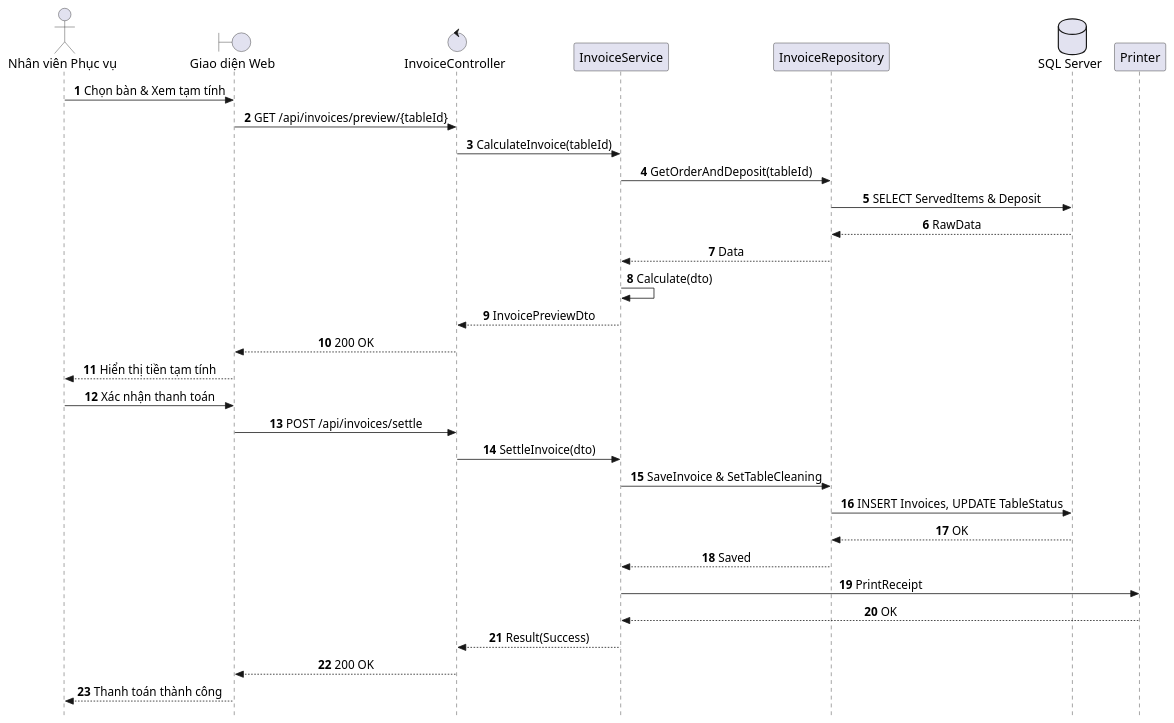
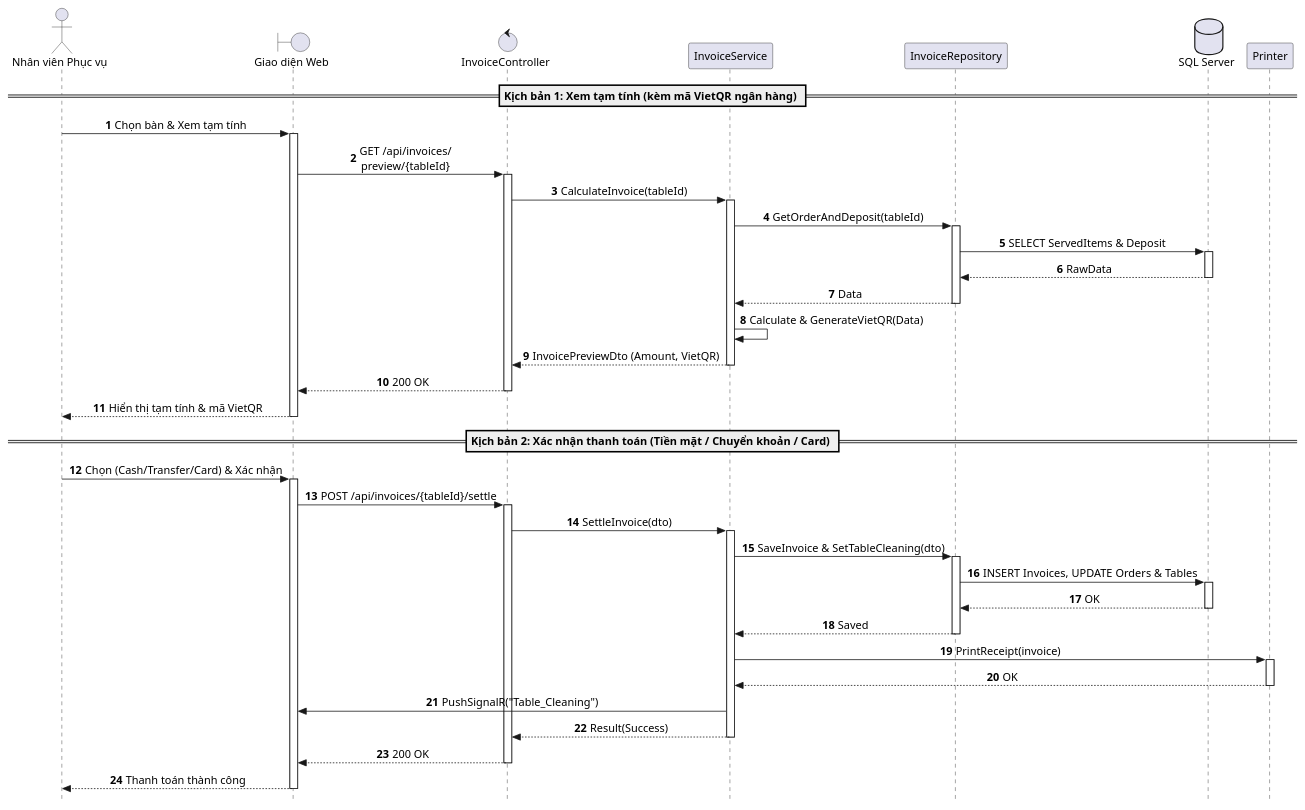
One commit to AndrewQng/VinDining changed the diagram in docs/puml/sequences/SD_UC_E3_Settle_Invoice.puml. Above: the diagram before and after it, drawn with PlantUML. The commit also changed 71 other files, not shown here.

Commit message:
Sequence 50%

```diff
--- a/docs/puml/sequences/SD_UC_E3_Settle_Invoice.puml
+++ b/docs/puml/sequences/SD_UC_E3_Settle_Invoice.puml
@@ -1,46 +1,84 @@
 @startuml SD_UC_E3_Settle_Invoice
 autonumber
 skinparam style strictuml
 skinparam sequenceMessageAlign center
 skinparam responseMessageBelowArrow true
 skinparam defaultFontName "Segoe UI", Arial, sans-serif
-skinparam defaultFontSize 16
-skinparam sequenceActorFontSize 16
-skinparam sequenceParticipantFontSize 16
-skinparam sequenceArrowFontSize 15
-skinparam sequenceGroupFontSize 15
-skinparam sequenceGroupHeaderFontSize 15
+skinparam defaultFontSize 14
 
 actor "Nhân viên Phục vụ" as Waitstaff
 boundary "Giao diện Web" as UI
 control "InvoiceController" as Controller
 participant "InvoiceService" as Service
 participant "InvoiceRepository" as Repo
 database "SQL Server" as DB
 participant "Printer" as Printer
 
+== Kịch bản 1: Xem tạm tính (kèm mã VietQR ngân hàng) ==
+
 Waitstaff -> UI: Chọn bàn & Xem tạm tính
-UI -> Controller: GET /api/invoices/preview/{tableId}
+activate UI
+
+UI -> Controller: GET /api/invoices/\npreview/{tableId}
+activate Controller
+
 Controller -> Service: CalculateInvoice(tableId)
+activate Service
+
 Service -> Repo: GetOrderAndDeposit(tableId)
+activate Repo
 Repo -> DB: SELECT ServedItems & Deposit
+activate DB
 DB --> Repo: RawData
+deactivate DB
 Repo --> Service: Data
-Service -> Service: Calculate(dto)
-Service --> Controller: InvoicePreviewDto
+deactivate Repo
+
+Service -> Service: Calculate & GenerateVietQR(Data)
+
+Service --> Controller: InvoicePreviewDto (Amount, VietQR)
+deactivate Service
+
 Controller --> UI: 200 OK
-UI --> Waitstaff: Hiển thị tiền tạm tính
+deactivate Controller
 
-Waitstaff -> UI: Xác nhận thanh toán
-UI -> Controller: POST /api/invoices/settle
+UI --> Waitstaff: Hiển thị tạm tính & mã VietQR
+deactivate UI
+
+== Kịch bản 2: Xác nhận thanh toán (Tiền mặt / Chuyển khoản / Card) ==
+
+Waitstaff -> UI: Chọn (Cash/Transfer/Card) & Xác nhận
+activate UI
+
+UI -> Controller: POST /api/invoices/{tableId}/settle
+activate Controller
+
 Controller -> Service: SettleInvoice(dto)
-Service -> Repo: SaveInvoice & SetTableCleaning
-Repo -> DB: INSERT Invoices, UPDATE TableStatus
+activate Service
+
+Service -> Repo: SaveInvoice & SetTableCleaning(dto)
+activate Repo
+Repo -> DB: INSERT Invoices, UPDATE Orders & Tables
+activate DB
 DB --> Repo: OK
+deactivate DB
 Repo --> Service: Saved
-Service -> Printer: PrintReceipt
+deactivate Repo
+
+Service -> Printer: PrintReceipt(invoice)
+activate Printer
 Printer --> Service: OK
+deactivate Printer
+
+Service -> UI: PushSignalR("Table_Cleaning")
+
 Service --> Controller: Result(Success)
+deactivate Service
+
 Controller --> UI: 200 OK
+deactivate Controller
+
 UI --> Waitstaff: Thanh toán thành công
+deactivate UI
+
 @enduml
```
